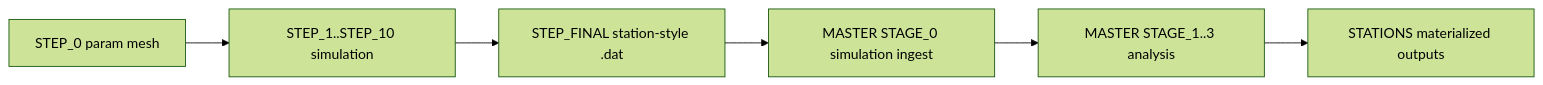
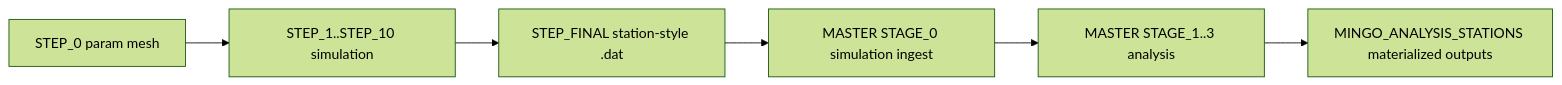
One commit to csoneira/DATAFLOW_v3 changed the diagram in DOCUMENTATION/docs/software/trace-simulated-data.md. Above: the diagram before and after it, drawn with Mermaid (forest theme). The commit also changed other lines of this file and 62 other files, not shown here.

````diff
--- a/DOCUMENTATION/docs/software/trace-simulated-data.md
+++ b/DOCUMENTATION/docs/software/trace-simulated-data.md
@@ -7,8 +7,8 @@
 ```mermaid
 flowchart LR
     A[STEP_0 param mesh] --> B[STEP_1..STEP_10 simulation]
     B --> C[STEP_FINAL station-style .dat]
     C --> D[MASTER STAGE_0 simulation ingest]
     D --> E[MASTER STAGE_1..3 analysis]
-    E --> F[STATIONS materialized outputs]
+    E --> F[MINGO_ANALYSIS_STATIONS materialized outputs]
 ```
````
